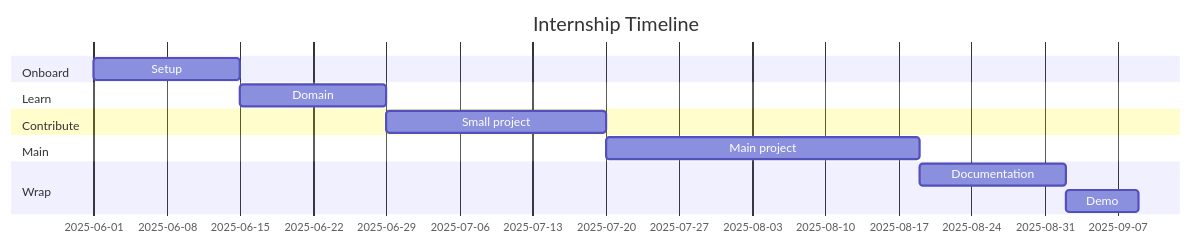
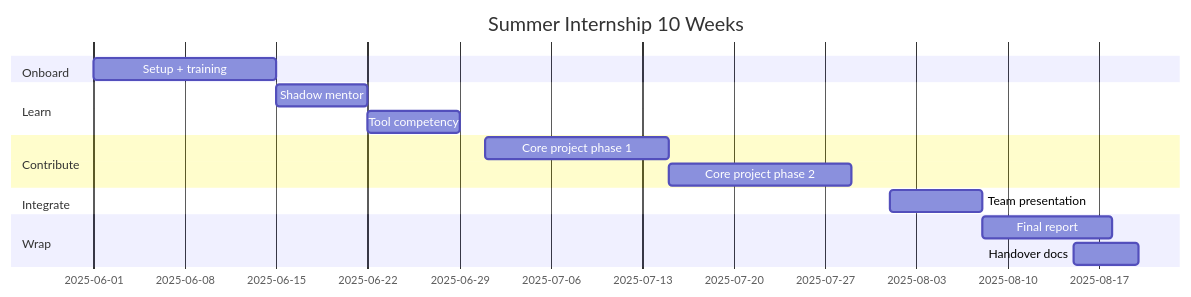
The sixth of 9 diagrams in 01_BSc_Physics/electives/PHYS_3060_Physics_Internship/README.md (yip-lgtm/PhysicsSelfStudy), drawn with Mermaid before and after one commit. The commit also changed other lines of this file and 4 other files, not shown here.

````diff
--- a/01_BSc_Physics/electives/PHYS_3060_Physics_Internship/README.md
+++ b/01_BSc_Physics/electives/PHYS_3060_Physics_Internship/README.md
@@ -128,15 +591,18 @@
 ```mermaid
 gantt
-    title Internship Timeline
+    title Summer Internship 10 Weeks
+    dateFormat  YYYY-MM-DD
     section Onboard
-    Setup :a1, 2025-06-01, 14d
+    Setup + training :2025-06-01, 14d
     section Learn
-    Domain :a2, after a1, 14d
+    Shadow mentor :2025-06-15, 7d
+    Tool competency :2025-06-22, 7d
     section Contribute
-    Small project :b1, after a2, 21d
-    section Main
-    Main project :c1, after b1, 30d
+    Core project phase 1 :2025-07-01, 14d
+    Core project phase 2 :2025-07-15, 14d
+    section Integrate
+    Team presentation :2025-08-01, 7d
     section Wrap
-    Documentation :d1, after c1, 14d
-    Demo :d2, after d1, 7d
+    Final report :2025-08-08, 10d
+    Handover docs :2025-08-15, 5d
 ```
````
